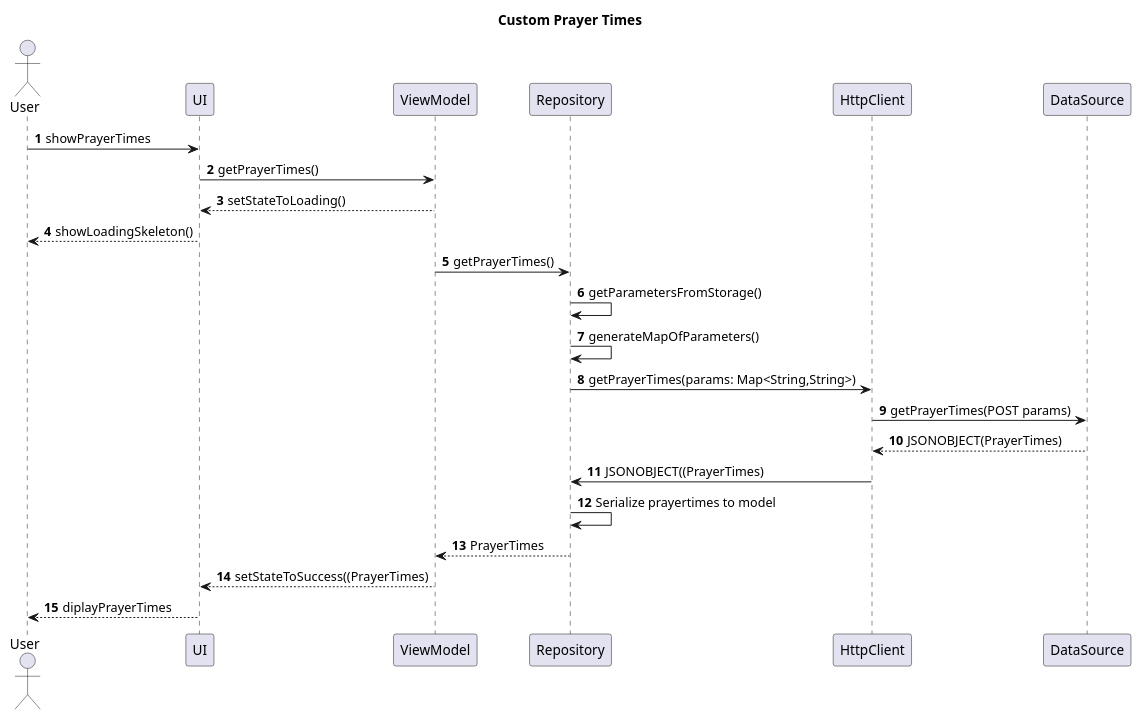
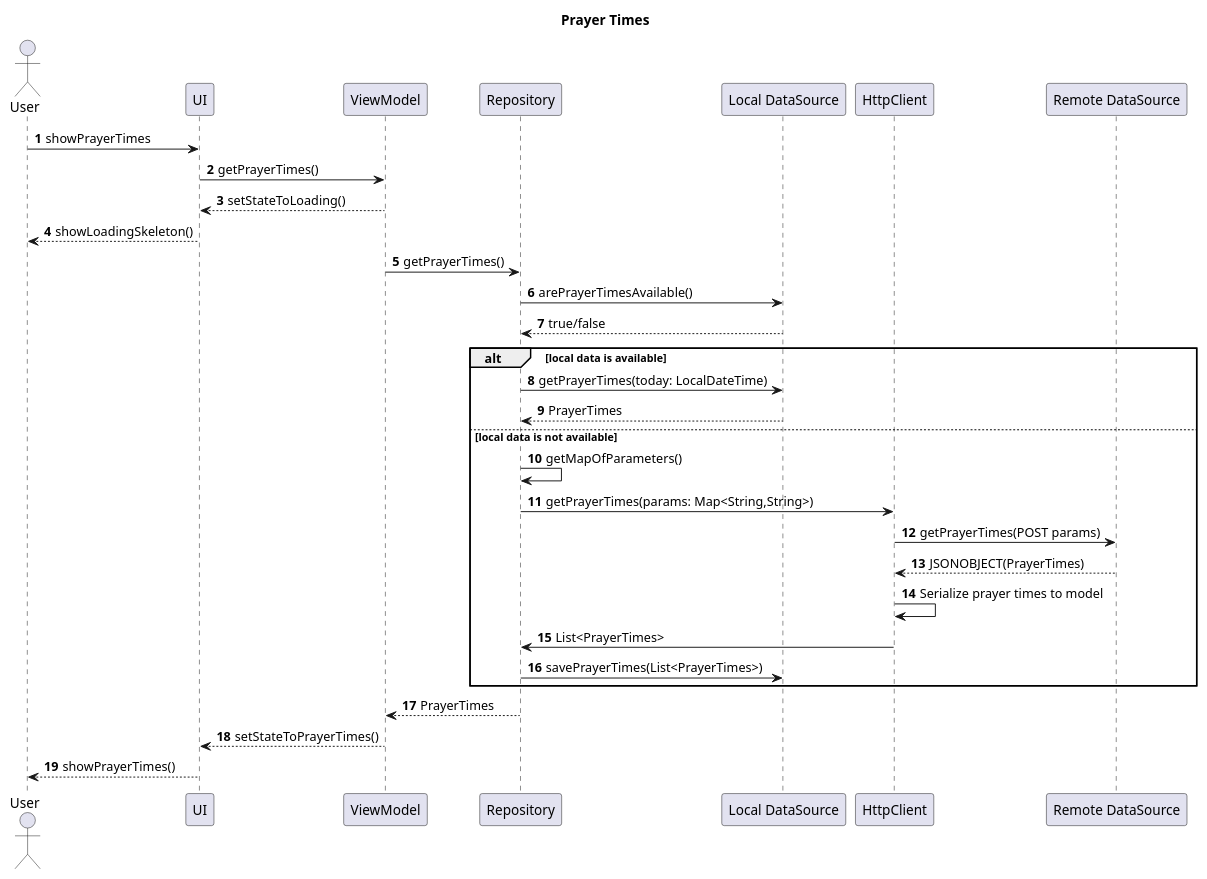
Before and after one commit to arshad-shah/Nimaz: the diagram in app/src/main/java/com/arshadshah/nimaz/diagrams/sequence/prayertimes.puml, drawn with PlantUML. The commit also changed 43 other files, not shown here.

```diff
--- a/app/src/main/java/com/arshadshah/nimaz/diagrams/sequence/prayertimes.puml
+++ b/app/src/main/java/com/arshadshah/nimaz/diagrams/sequence/prayertimes.puml
@@ -1,42 +1,54 @@
 @startuml
 'https://plantuml.com/sequence-diagram
 
-title Custom Prayer Times
+title Prayer Times
 autonumber
 
 'the main system consists of the ui, viewmodel, repository, httpclient, datasource
 actor User as user
 participant "UI" as ui
 participant "ViewModel" as vm
 participant "Repository" as repo
+participant "Local DataSource" as lds
 participant "HttpClient" as http
-participant "DataSource" as ds
+participant "Remote DataSource" as ds
 
 
 'the view model has state that is updated by change to the data it has from repository
 user -> ui: showPrayerTimes
 ui -> vm: getPrayerTimes()
 vm --> ui: setStateToLoading()
 ui --> user: showLoadingSkeleton()
 
 vm -> repo: getPrayerTimes()
-repo -> repo: getParametersFromStorage()
-repo -> repo: generateMapOfParameters()
+'repo checks if local data is available
+repo -> lds: arePrayerTimesAvailable()
+lds --> repo: true/false
+'if local data is available, the repo asks the local data source for the data
+alt local data is available
+repo -> lds: getPrayerTimes(today: LocalDateTime)
+lds --> repo: PrayerTimes
+else local data is not available
+'repo asks the http client to get the data from the remote data source
+repo -> repo: getMapOfParameters()
 repo -> http: getPrayerTimes(params: Map<String,String>)
 
 'now http makes a post resquest to the datasource
 http -> ds: getPrayerTimes(POST params)
+
 'request comes back
 ds --> http: JSONOBJECT(PrayerTimes)
-http -> repo: JSONOBJECT((PrayerTimes)
+'now http parses the json object into a model
+http -> http: Serialize prayer times to model
+http -> repo: List<PrayerTimes>
 
-repo -> repo: Serialize prayertimes to model
+'now the repo saves the data to the local data source
+repo -> lds: savePrayerTimes(List<PrayerTimes>)
+end
 
 repo --> vm: PrayerTimes
 
-vm --> ui:setStateToSuccess((PrayerTimes)
-
-ui --> user: diplayPrayerTimes
-
-
+'now the view model updates the state and in turn triggers the UI recomposition
+vm --> ui: setStateToPrayerTimes()
+ui --> user: showPrayerTimes()
 @enduml
```
